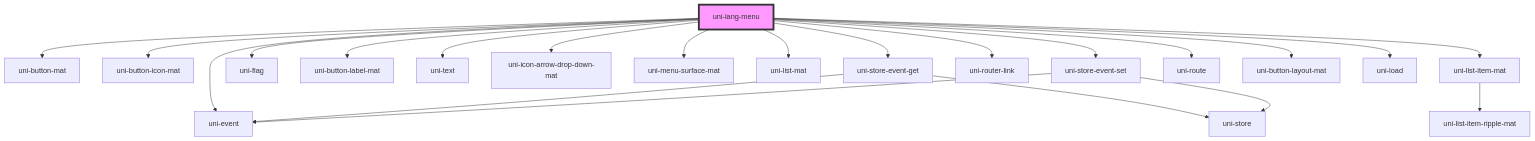
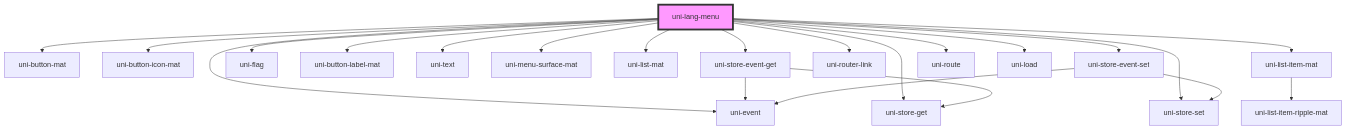
Before and after one commit to uiregex/uni-localize: the diagram in src/lang-menu/components/@main/readme.md, drawn with Mermaid. The commit also changed other lines of this file and 10 other files, not shown here.

````diff
--- a/src/lang-menu/components/@main/readme.md
+++ b/src/lang-menu/components/@main/readme.md
@@ -47,25 +47,25 @@
 ```mermaid
 graph TD;
   uni-lang-menu --> uni-button-mat
   uni-lang-menu --> uni-button-icon-mat
   uni-lang-menu --> uni-store-event-get
   uni-lang-menu --> uni-flag
   uni-lang-menu --> uni-button-label-mat
+  uni-lang-menu --> uni-store-get
   uni-lang-menu --> uni-text
-  uni-lang-menu --> uni-icon-arrow-drop-down-mat
   uni-lang-menu --> uni-menu-surface-mat
   uni-lang-menu --> uni-list-mat
   uni-lang-menu --> uni-store-event-set
   uni-lang-menu --> uni-router-link
   uni-lang-menu --> uni-list-item-mat
   uni-lang-menu --> uni-route
-  uni-lang-menu --> uni-button-layout-mat
   uni-lang-menu --> uni-event
   uni-lang-menu --> uni-load
+  uni-lang-menu --> uni-store-set
   uni-store-event-get --> uni-event
-  uni-store-event-get --> uni-store
+  uni-store-event-get --> uni-store-get
   uni-store-event-set --> uni-event
-  uni-store-event-set --> uni-store
+  uni-store-event-set --> uni-store-set
   uni-list-item-mat --> uni-list-item-ripple-mat
   style uni-lang-menu fill:#f9f,stroke:#333,stroke-width:4px
 ```
````
